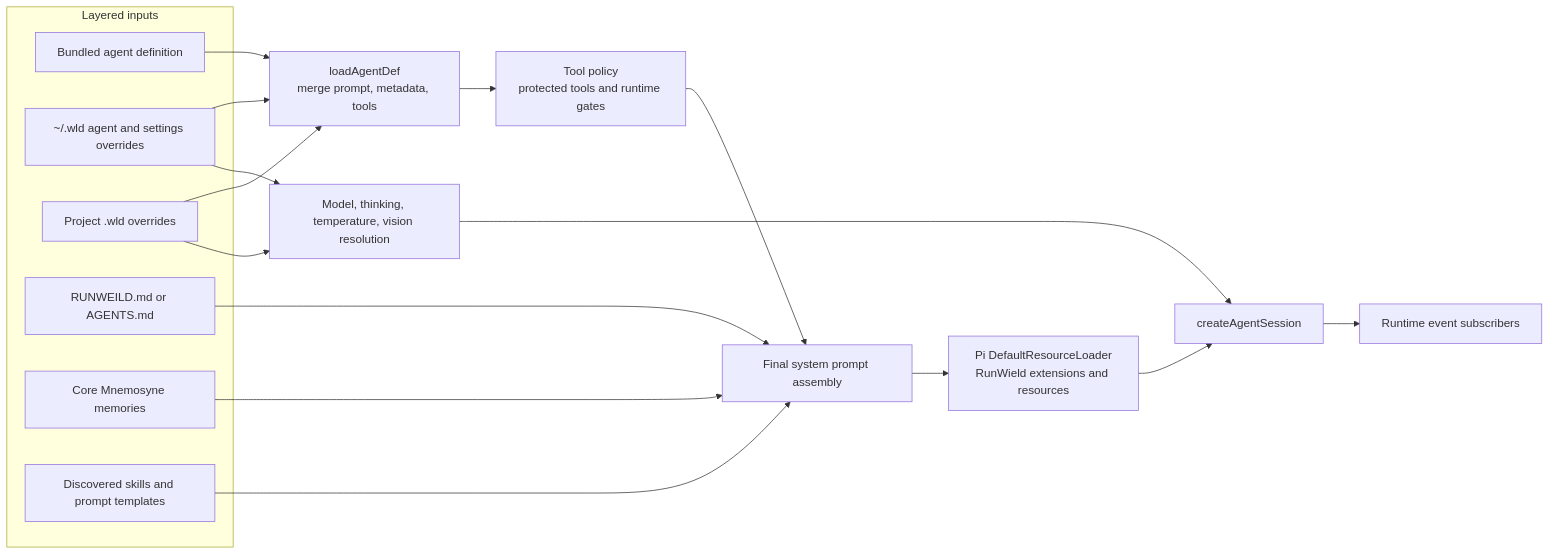
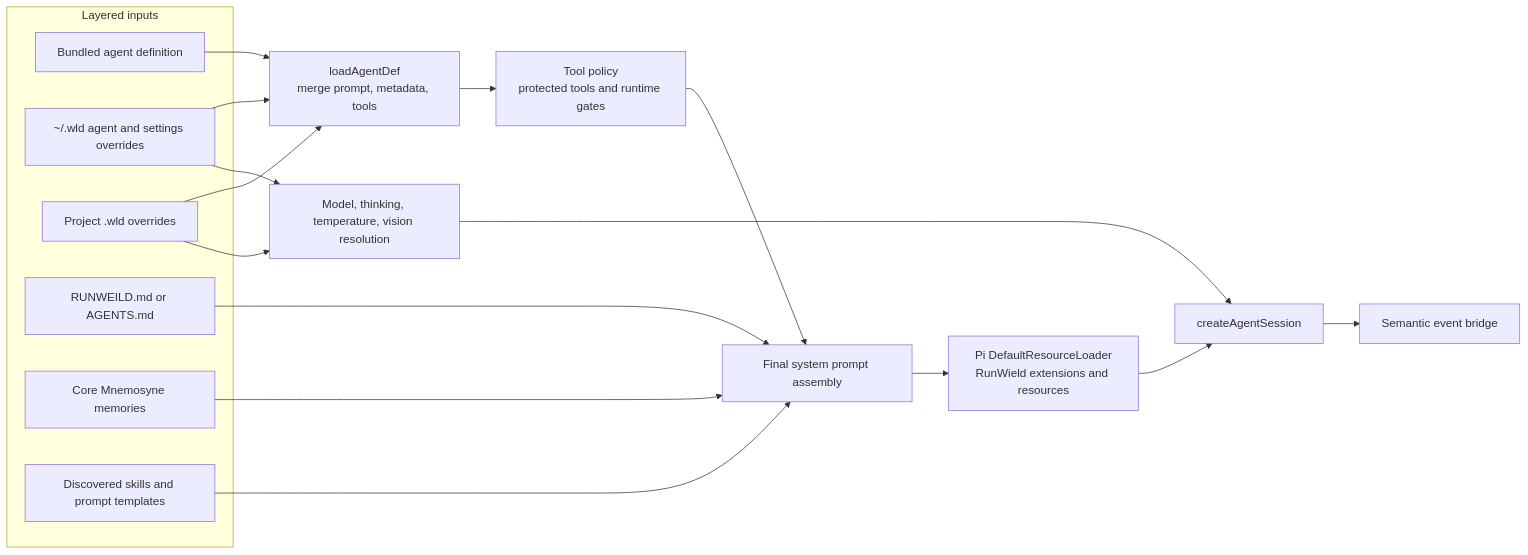
Before and after one commit to gandazgul/runwield: the ninth of 13 diagrams in architecture.md, drawn with Mermaid. The commit also changed other lines of this file and 115 other files, not shown here.

````diff
--- a/architecture.md
+++ b/architecture.md
@@ -264,34 +471,34 @@
 ```mermaid
 flowchart LR
     subgraph Sources["Layered inputs"]
         Bundled["Bundled agent definition"]
         Home["~/.wld agent and settings overrides"]
         Local["Project .wld overrides"]
         Instructions["RUNWEILD.md or AGENTS.md"]
         Memories["Core Mnemosyne memories"]
         Skills["Discovered skills and prompt templates"]
     end
 
     Merge["loadAgentDef\nmerge prompt, metadata, tools"]
     Policy["Tool policy\nprotected tools and runtime gates"]
     Model["Model, thinking, temperature, vision resolution"]
     Prompt["Final system prompt assembly"]
     Loader["Pi DefaultResourceLoader\nRunWield extensions and resources"]
     Session["createAgentSession"]
-    Subscribers["Runtime event subscribers"]
+    Subscribers["Semantic event bridge"]
 
     Bundled --> Merge
     Home --> Merge
     Local --> Merge
     Merge --> Policy
     Home --> Model
     Local --> Model
     Policy --> Prompt
     Instructions --> Prompt
     Memories --> Prompt
     Skills --> Prompt
     Model --> Session
     Prompt --> Loader
     Loader --> Session
     Session --> Subscribers
 ```
````
